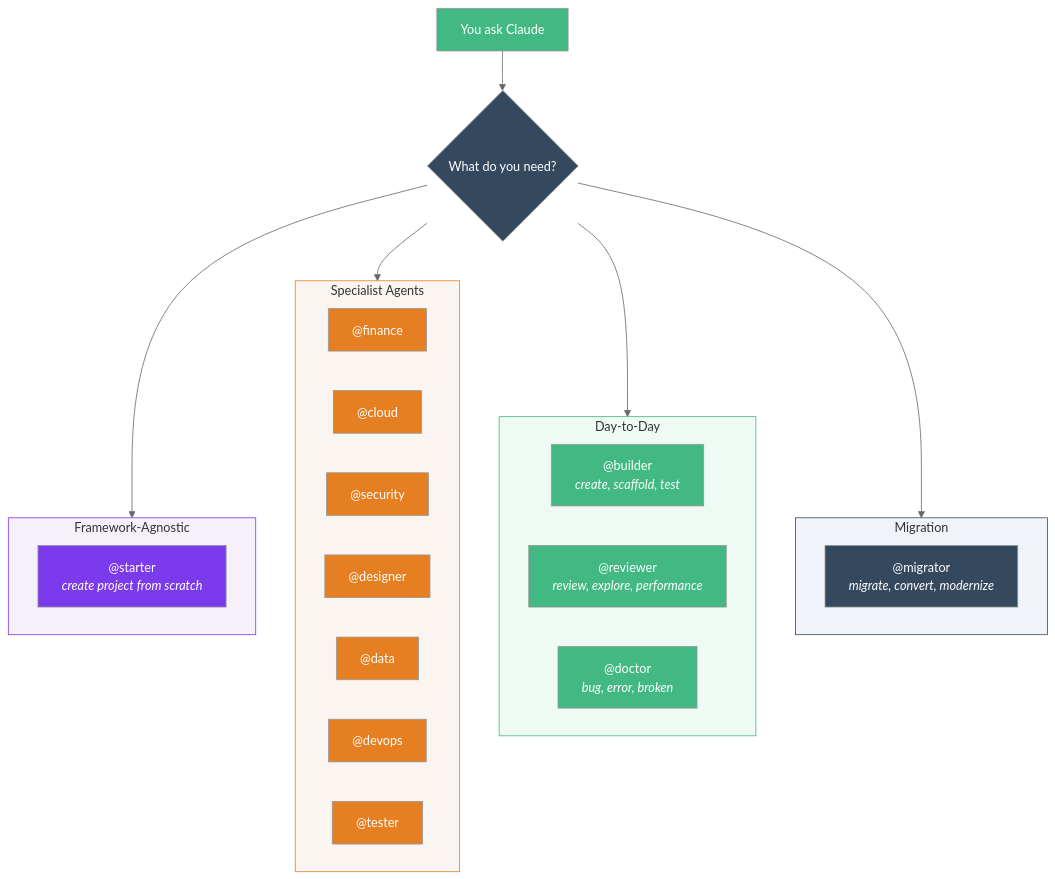
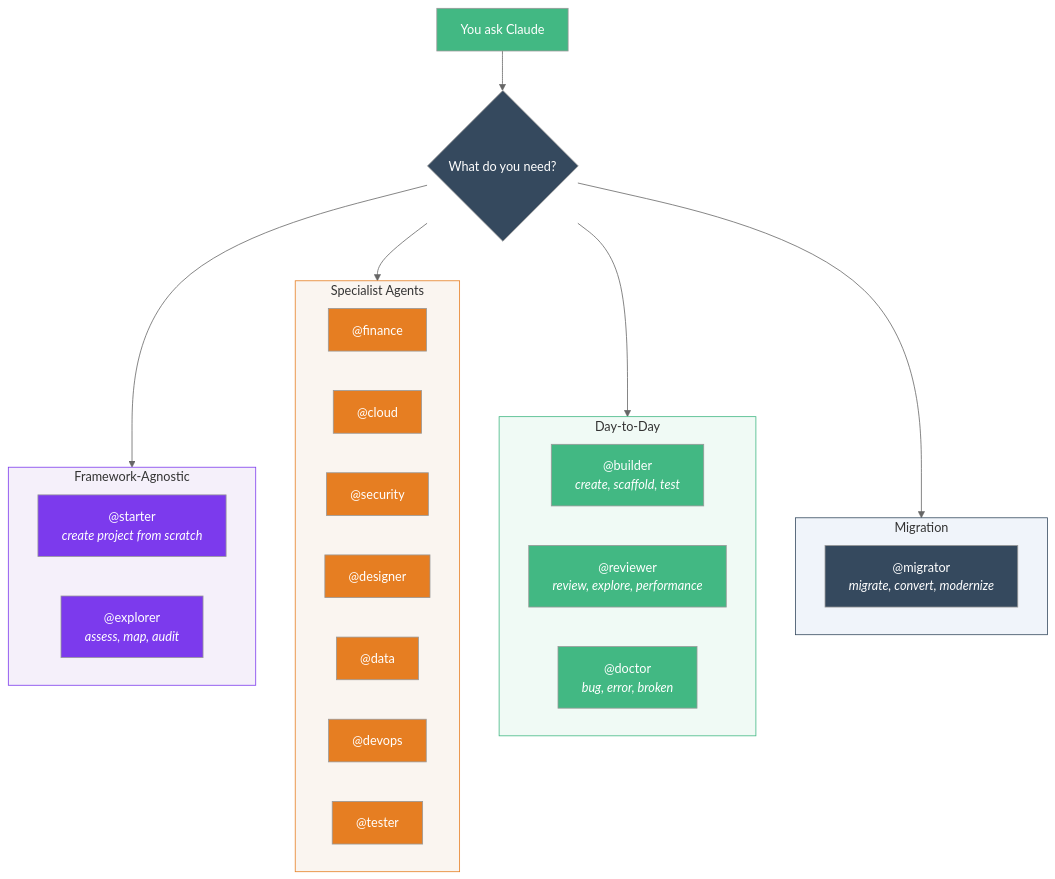
One commit to HerbertJulio/specialist-agent changed the first of 6 diagrams in docs/reference/agents.md. Above: the diagram before and after it, drawn with Mermaid (neutral theme). The commit also changed other lines of this file and 10 other files, not shown here.

````diff
--- a/docs/reference/agents.md
+++ b/docs/reference/agents.md
@@ -7,52 +7,54 @@
 ```mermaid
 graph TB
     User["You ask Claude"] --> Detect{"What do you need?"}
 
     subgraph agnostic["Framework-Agnostic"]
         Starter["@starter<br/><i>create project from scratch</i>"]
+        Explorer["@explorer<br/><i>assess, map, audit</i>"]
     end
 
     subgraph specialists["Specialist Agents"]
         Finance["@finance"]
         Cloud["@cloud"]
         Security["@security"]
         Designer["@designer"]
         Data["@data"]
         DevOps["@devops"]
         Tester["@tester"]
     end
 
     subgraph daily["Day-to-Day"]
         Builder["@builder<br/><i>create, scaffold, test</i>"]
         Reviewer["@reviewer<br/><i>review, explore, performance</i>"]
         Doctor["@doctor<br/><i>bug, error, broken</i>"]
     end
 
     subgraph migration["Migration"]
         Migrator["@migrator<br/><i>migrate, convert, modernize</i>"]
     end
 
     Detect --> agnostic
     Detect --> specialists
     Detect --> daily
     Detect --> migration
 
     style User fill:#42b883,color:#fff
     style Detect fill:#35495e,color:#fff
     style agnostic fill:#f5f0fa,stroke:#7c3aed
     style specialists fill:#faf5f0,stroke:#e67e22
     style daily fill:#f0faf5,stroke:#42b883
     style migration fill:#f0f4fa,stroke:#35495e
     style Starter fill:#7c3aed,color:#fff
+    style Explorer fill:#7c3aed,color:#fff
     style Finance fill:#e67e22,color:#fff
     style Cloud fill:#e67e22,color:#fff
     style Security fill:#e67e22,color:#fff
     style Designer fill:#e67e22,color:#fff
     style Data fill:#e67e22,color:#fff
     style DevOps fill:#e67e22,color:#fff
     style Tester fill:#e67e22,color:#fff
     style Builder fill:#42b883,color:#fff
     style Reviewer fill:#42b883,color:#fff
     style Doctor fill:#42b883,color:#fff
     style Migrator fill:#35495e,color:#fff
 ```
````
